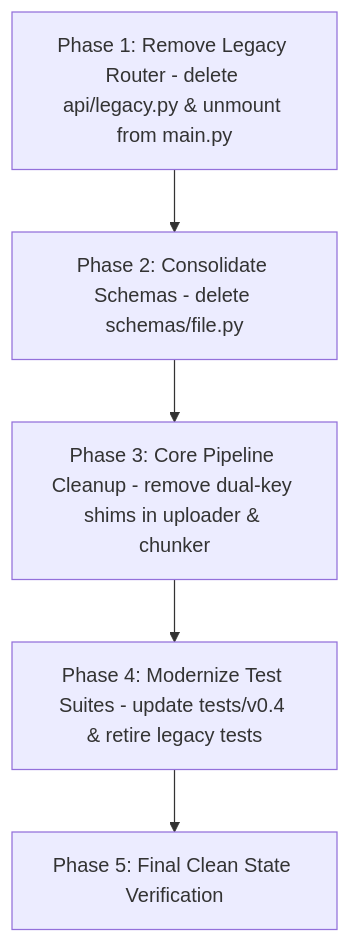
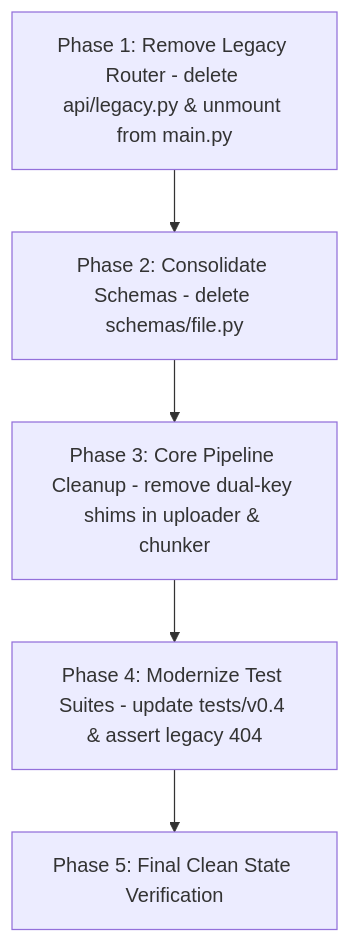
Before and after one commit to acharyavaibhav764-ops/HyperIndex: the diagram in docs/v0.4.2_plan.md, drawn with Mermaid. The commit also changed other lines of this file and 24 other files, not shown here.

````diff
--- a/docs/v0.4.2_plan.md
+++ b/docs/v0.4.2_plan.md
@@ -30,7 +33,7 @@
 ```mermaid
 graph TD
     P1[Phase 1: Remove Legacy Router - delete api/legacy.py & unmount from main.py] --> P2[Phase 2: Consolidate Schemas - delete schemas/file.py]
     P2 --> P3[Phase 3: Core Pipeline Cleanup - remove dual-key shims in uploader & chunker]
-    P3 --> P4[Phase 4: Modernize Test Suites - update tests/v0.4 & retire legacy tests]
+    P3 --> P4[Phase 4: Modernize Test Suites - update tests/v0.4 & assert legacy 404]
     P4 --> P5[Phase 5: Final Clean State Verification]
 ```
````
